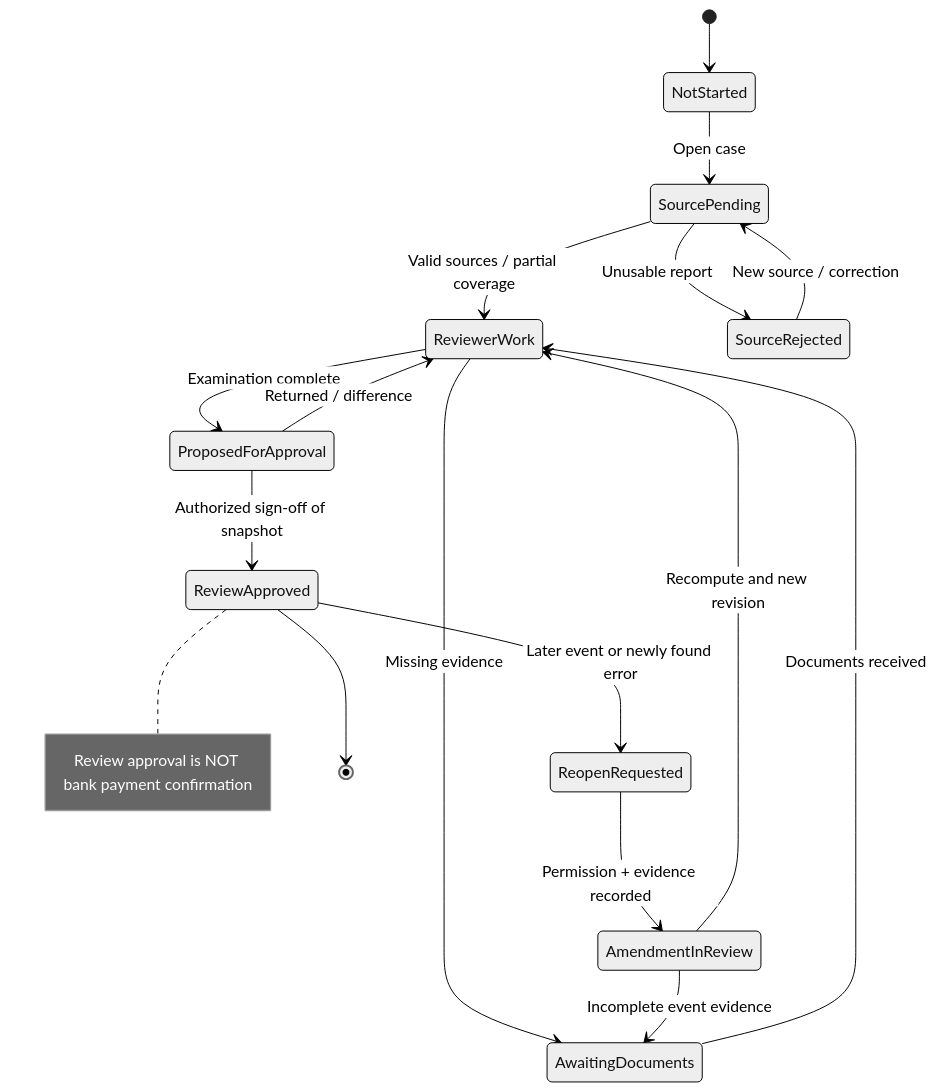
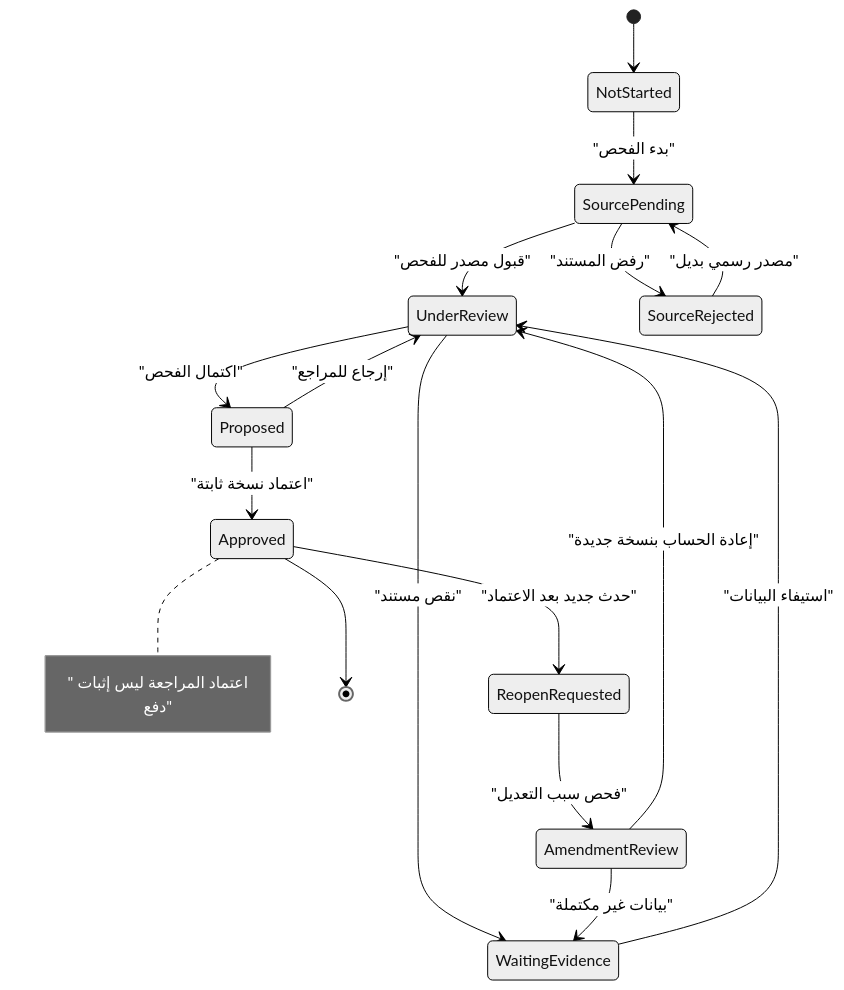
One commit to AlexandriaDeveloper/PayrollReviewSystem changed the fifth of 6 diagrams in docs/architecture/UML-WORKFLOWS.md. Above: the diagram before and after it, drawn with Mermaid (neutral theme). The commit also changed other lines of this file and 40 other files, not shown here.

First line of the commit message:
docs: Arabic documentation across repository with ERD/UML worked examples

````diff
--- a/docs/architecture/UML-WORKFLOWS.md
+++ b/docs/architecture/UML-WORKFLOWS.md
@@ -126,19 +114,19 @@
 ```mermaid
 stateDiagram-v2
   [*] --> NotStarted
-  NotStarted --> SourcePending: Open case
-  SourcePending --> ReviewerWork: Valid sources / partial coverage
-  SourcePending --> SourceRejected: Unusable report
-  SourceRejected --> SourcePending: New source / correction
-  ReviewerWork --> AwaitingDocuments: Missing evidence
-  AwaitingDocuments --> ReviewerWork: Documents received
-  ReviewerWork --> ProposedForApproval: Examination complete
-  ProposedForApproval --> ReviewerWork: Returned / difference
-  ProposedForApproval --> ReviewApproved: Authorized sign-off of snapshot
-  ReviewApproved --> ReopenRequested: Later event or newly found error
-  ReopenRequested --> AmendmentInReview: Permission + evidence recorded
-  AmendmentInReview --> ReviewerWork: Recompute and new revision
-  AmendmentInReview --> AwaitingDocuments: Incomplete event evidence
-  ReviewApproved --> [*]
-  Note right of ReviewApproved: Review approval is NOT bank payment confirmation
+  NotStarted --> SourcePending: "بدء الفحص"
+  SourcePending --> UnderReview: "قبول مصدر للفحص"
+  SourcePending --> SourceRejected: "رفض المستند"
+  SourceRejected --> SourcePending: "مصدر رسمي بديل"
+  UnderReview --> WaitingEvidence: "نقص مستند"
+  WaitingEvidence --> UnderReview: "استيفاء البيانات"
+  UnderReview --> Proposed: "اكتمال الفحص"
+  Proposed --> UnderReview: "إرجاع للمراجع"
+  Proposed --> Approved: "اعتماد نسخة ثابتة"
+  Approved --> ReopenRequested: "حدث جديد بعد الاعتماد"
+  ReopenRequested --> AmendmentReview: "فحص سبب التعديل"
+  AmendmentReview --> UnderReview: "إعادة الحساب بنسخة جديدة"
+  AmendmentReview --> WaitingEvidence: "بيانات غير مكتملة"
+  Approved --> [*]
+  Note right of Approved: "اعتماد المراجعة ليس إثبات دفع"
 ```
````
